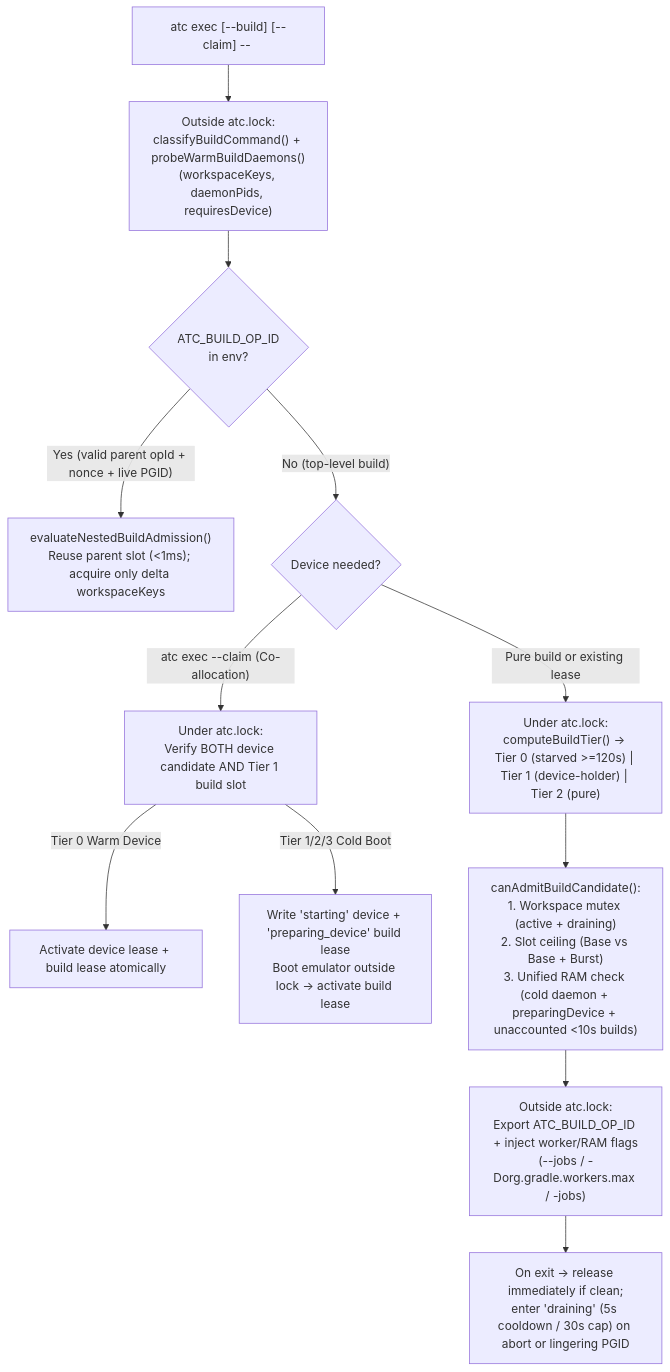
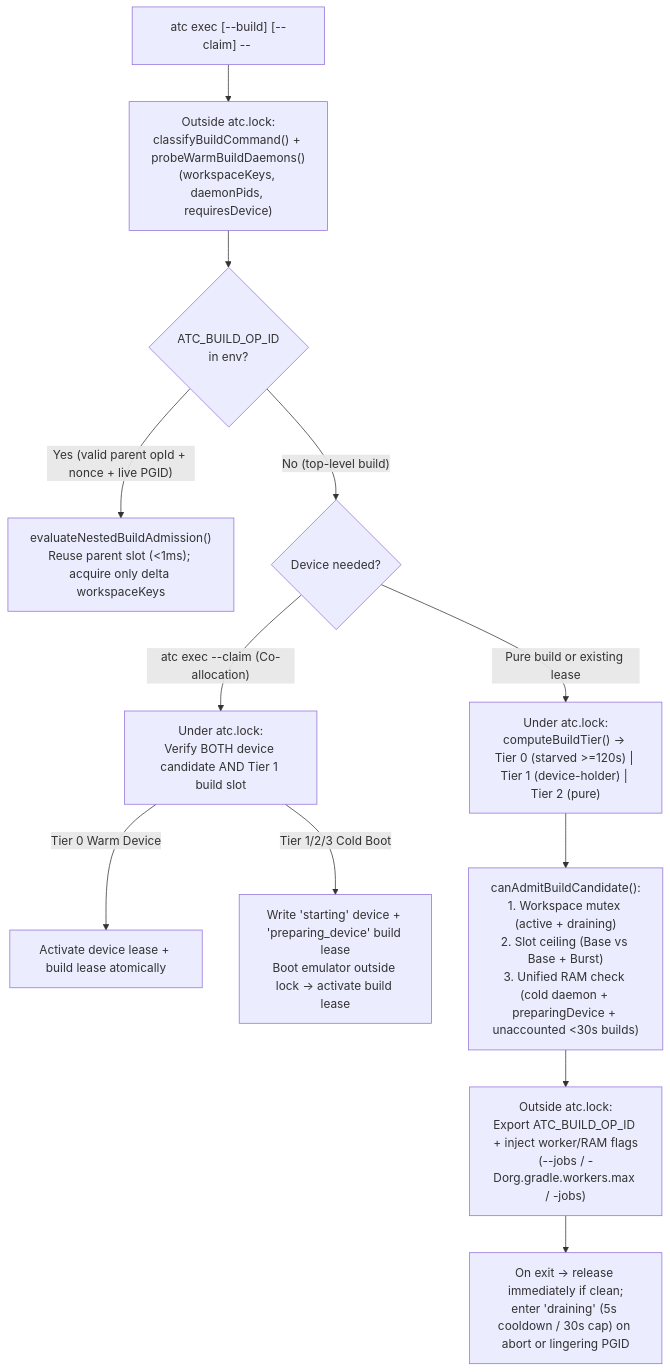
The diagram in docs/architecture.md (rock3r/atc), drawn with Mermaid before and after one commit. The commit also changed other lines of this file and 6 other files, not shown here.

````diff
--- a/docs/architecture.md
+++ b/docs/architecture.md
@@ -65,16 +65,16 @@
 ```mermaid
 flowchart TD
     Start["atc exec [--build] [--claim] -- <cmd>"] --> Probe["Outside atc.lock:\nclassifyBuildCommand() + probeWarmBuildDaemons()\n(workspaceKeys, daemonPids, requiresDevice)"]
     Probe --> Reentrant{"ATC_BUILD_OP_ID\nin env?"}
     Reentrant -- "Yes (valid parent opId + nonce + live PGID)" --> Delta["evaluateNestedBuildAdmission()\nReuse parent slot (<1ms); acquire only delta workspaceKeys"]
     Reentrant -- "No (top-level build)" --> Mode{"Device needed?"}
 
     Mode -- "atc exec --claim (Co-allocation)" --> CoAlloc["Under atc.lock:\nVerify BOTH device candidate AND Tier 1 build slot"]
     CoAlloc -- "Tier 0 Warm Device" --> BothActive["Activate device lease + build lease atomically"]
     CoAlloc -- "Tier 1/2/3 Cold Boot" --> Prep["Write 'starting' device + 'preparing_device' build lease\nBoot emulator outside lock -> activate build lease"]
 
     Mode -- "Pure build or existing lease" --> Queue["Under atc.lock:\ncomputeBuildTier() -> Tier 0 (starved >=120s) | Tier 1 (device-holder) | Tier 2 (pure)"]
-    Queue --> Admit["canAdmitBuildCandidate():\n1. Workspace mutex (active + draining)\n2. Slot ceiling (Base vs Base + Burst)\n3. Unified RAM check (cold daemon + preparingDevice + unaccounted <10s builds)"]
+    Queue --> Admit["canAdmitBuildCandidate():\n1. Workspace mutex (active + draining)\n2. Slot ceiling (Base vs Base + Burst)\n3. Unified RAM check (cold daemon + preparingDevice + unaccounted <30s builds)"]
     Admit --> Spawn["Outside atc.lock:\nExport ATC_BUILD_OP_ID + inject worker/RAM flags\n(--jobs / -Dorg.gradle.workers.max / -jobs)"]
     Spawn --> Drain["On exit -> release immediately if clean;\nenter 'draining' (5s cooldown / 30s cap) on abort or lingering PGID"]
 ```
````
